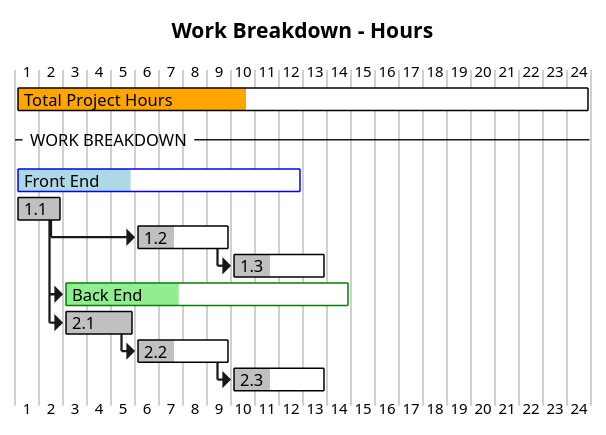
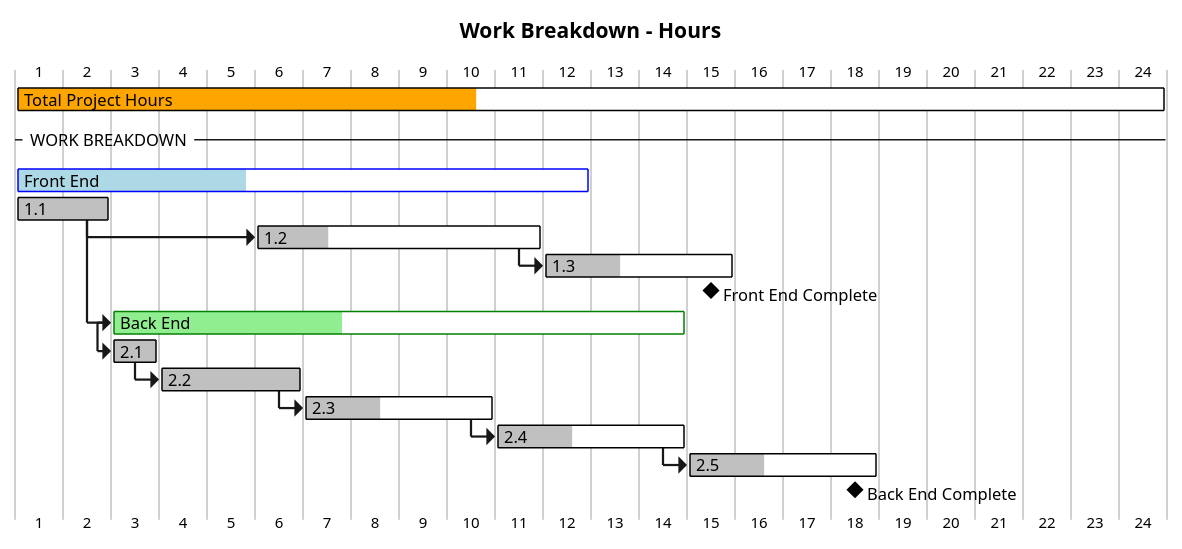
The third of 3 diagrams in week-05/DontWreckMyHouse/README.md (Miro-Stojanovic97/mirostoj-exercises-assessments), drawn with PlantUML before and after one commit. The commit also changed other lines of this file and 11 other files, not shown here.

````diff
--- a/week-05/DontWreckMyHouse/README.md
+++ b/week-05/DontWreckMyHouse/README.md
@@ -199,38 +203,47 @@
 ```plantuml
 @startgantt
+printscale daily zoom 2
 title Work Breakdown - Hours
 
 /' Days in Gantt format below = Hours in project IRL '/
 
 [Total Project Hours] lasts 24 days
 [Total Project Hours] is colored in orange/black
 [Total Project Hours] is 40% complete
 --WORK BREAKDOWN --
 [Front End] lasts 12 days
 [Front End] is colored in lightblue/blue
 [Front End] is 40% complete
     [1.1] lasts 2 days
         [1.1] is colored in silver/black
         [1.1] is 100% completed
-    [1.2] starts 3 days after [1.1]'s end and lasts 4 days
+    [1.2] starts 3 days after [1.1]'s end and lasts 6 days
         [1.2] is colored in silver/black
-        [1.2] is 40% completed
+        [1.2] is 25% completed
     [1.3] starts at [1.2]'s end and lasts 4 days
         [1.3] is colored in silver/black
         [1.3] is 40% completed
-    
+[Front End Complete] happens at [1.3]'s end
+
 [Back End] starts at [1.1]'s end and lasts 12 days
 [Back End] is colored in lightgreen/green
 [Back End] is 40% completed
-    [2.1] starts at [Back End]'s start and lasts 3 days
+    [2.1] starts at [Back End]'s start and lasts 1 days
         [2.1] is colored in silver/black
         [2.1] is 100% complete
-    [2.2] starts at [2.1]'s end and lasts 4 days
+    [2.2] starts at [2.1]'s end and lasts 3 days
         [2.2] is colored in silver/black
-        [2.2] is 40% complete
+        [2.2] is 100% complete
     [2.3] starts at [2.2]'s end and lasts 4 days
         [2.3] is colored in silver/black
         [2.3] is 40% complete
+    [2.4] starts at [2.3]'s end and lasts 4 days
+        [2.4] is colored in silver/black
+        [2.4] is 40% complete
+    [2.5] starts at [2.4]'s end and lasts 4 days
+        [2.5] is colored in silver/black
+        [2.5] is 40% complete
+[Back End Complete] happens at [2.5]'s end
 
 @endgantt
 ```
````
